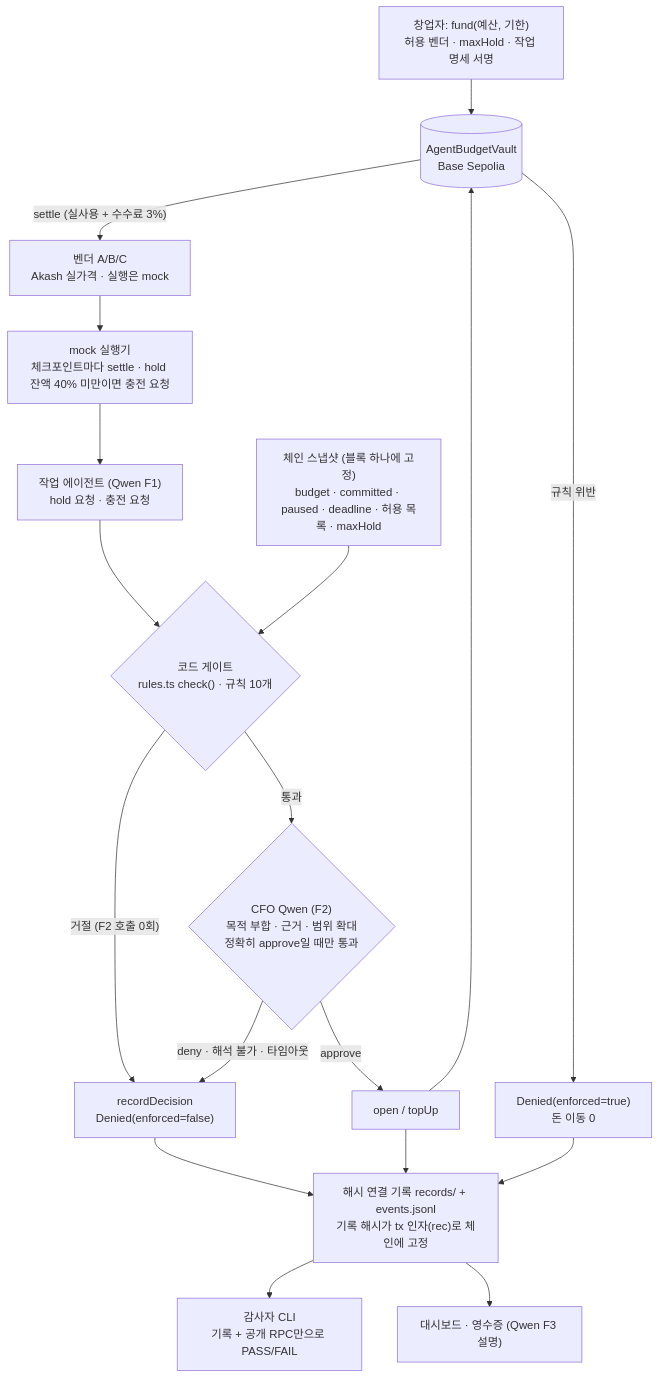
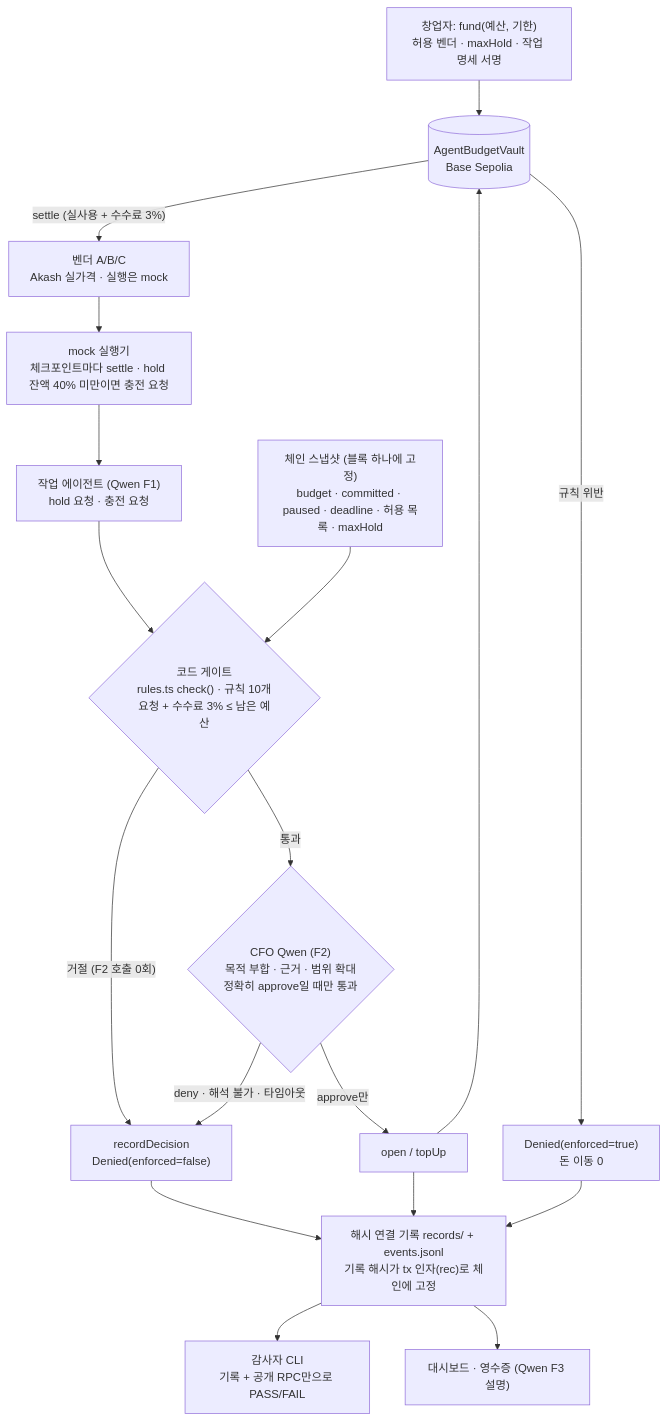
One commit to Rehgud/GWDC2026 changed the diagram in README.md. Above: the diagram before and after it, drawn with Mermaid. The commit also changed other lines of this file and 3 other files, not shown here.

````diff
--- a/README.md
+++ b/README.md
@@ -93,20 +93,20 @@
 ```mermaid
 graph TD
     F["창업자: fund(예산, 기한)<br/>허용 벤더 · maxHold · 작업 명세 서명"] --> V[("AgentBudgetVault<br/>Base Sepolia")]
-    W["작업 에이전트 (Qwen F1)<br/>hold 요청 · 충전 요청"] --> G{"코드 게이트<br/>rules.ts check() · 규칙 10개"}
+    W["작업 에이전트 (Qwen F1)<br/>hold 요청 · 충전 요청"] --> G{"코드 게이트<br/>rules.ts check() · 규칙 10개<br/>요청 + 수수료 3% ≤ 남은 예산"}
     S["체인 스냅샷 (블록 하나에 고정)<br/>budget · committed · paused · deadline · 허용 목록 · maxHold"] --> G
     G -->|"통과"| C{"CFO Qwen (F2)<br/>목적 부합 · 근거 · 범위 확대<br/>정확히 approve일 때만 통과"}
     G -->|"거절 (F2 호출 0회)"| D["recordDecision<br/>Denied(enforced=false)"]
-    C -->|"approve"| T["open / topUp"]
+    C -->|"approve만"| T["open / topUp"]
     C -->|"deny · 해석 불가 · 타임아웃"| D
     T --> V
     V -->|"규칙 위반"| DC["Denied(enforced=true)<br/>돈 이동 0"]
     V -->|"settle (실사용 + 수수료 3%)"| P["벤더 A/B/C<br/>Akash 실가격 · 실행은 mock"]
     X["mock 실행기<br/>체크포인트마다 settle · hold 잔액 40% 미만이면 충전 요청"] --> W
     P --> X
     D --> L["해시 연결 기록 records/ + events.jsonl<br/>기록 해시가 tx 인자(rec)로 체인에 고정"]
     T --> L
     DC --> L
     L --> A["감사자 CLI<br/>기록 + 공개 RPC만으로 PASS/FAIL"]
     L --> UI["대시보드 · 영수증 (Qwen F3 설명)"]
 ```
````
